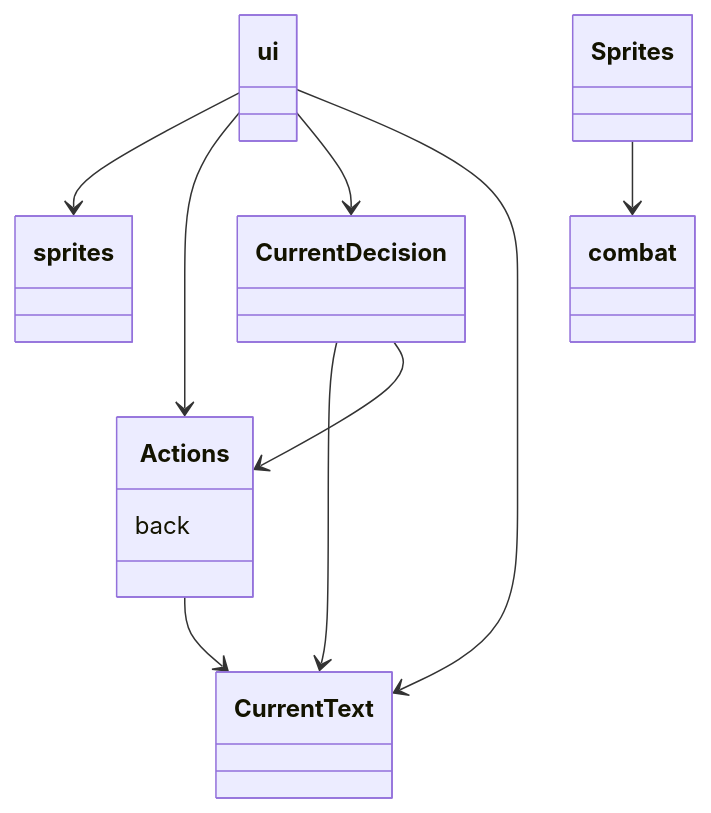
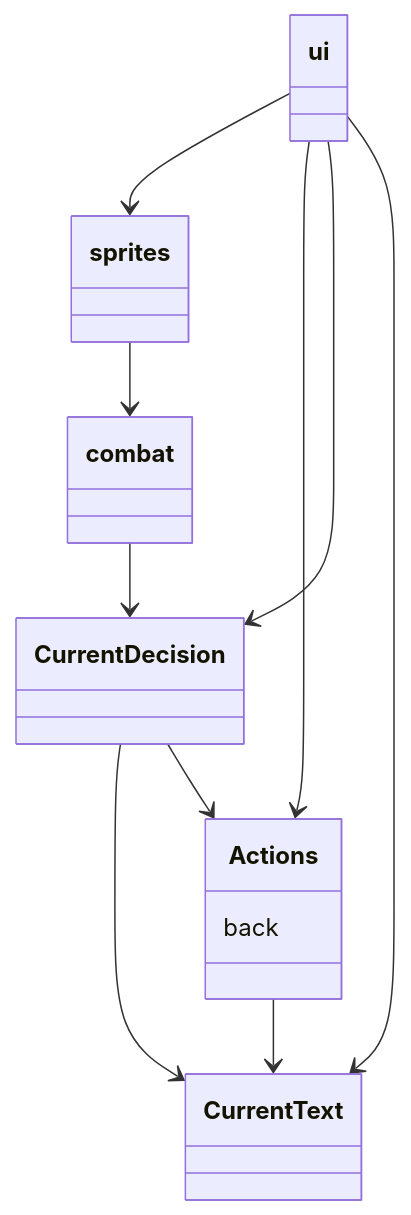
Before and after one commit to emlyy/ot-harjoitustyo: the diagram in dokumentaatio/arkkitehtuuri.md, drawn with Mermaid.

````diff
--- a/dokumentaatio/arkkitehtuuri.md
+++ b/dokumentaatio/arkkitehtuuri.md
@@ -1,15 +1,15 @@
 ```mermaid
  classDiagram
       ui --> sprites 
       ui --> Actions
       class Actions{
           back
       }
       ui --> CurrentDecision
       CurrentDecision --> CurrentText
       ui --> CurrentText
-      Sprites --> combat
+      sprites --> combat
       CurrentDecision --> Actions
       Actions --> CurrentText
-      
+      combat --> CurrentDecision
 ```
````
